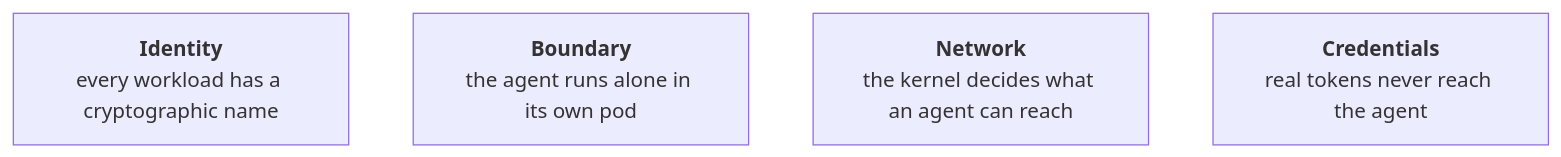
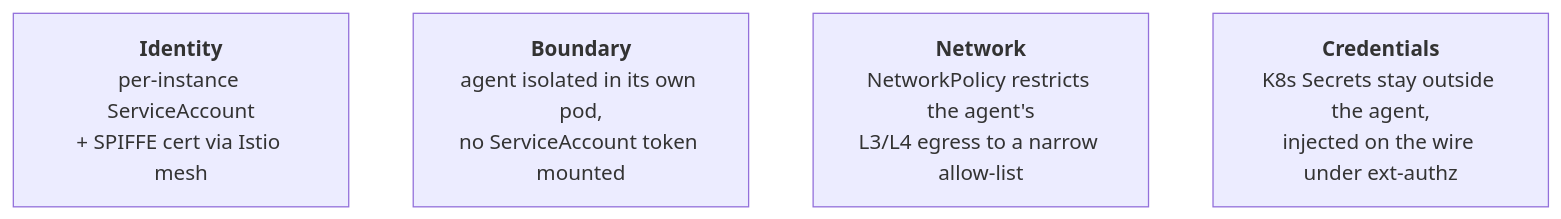
The first of 2 diagrams in docs/strategy/security-overview.md (dam-agents/dam), drawn with Mermaid before and after one commit. The commit also changed other lines of this file, not shown here.

Commit message:
docs: restore K8s/Istio specifics in Layers of Defence

````diff
--- a/docs/strategy/security-overview.md
+++ b/docs/strategy/security-overview.md
@@ -15,8 +15,8 @@
 ```mermaid
 flowchart LR
-  L1["<b>Identity</b><br/>every workload has a cryptographic name"]
-  L2["<b>Boundary</b><br/>the agent runs alone in its own pod"]
-  L3["<b>Network</b><br/>the kernel decides what an agent can reach"]
-  L4["<b>Credentials</b><br/>real tokens never reach the agent"]
+  L1["<b>Identity</b><br/>per-instance ServiceAccount<br/>+ SPIFFE cert via Istio mesh"]
+  L2["<b>Boundary</b><br/>agent isolated in its own pod,<br/>no ServiceAccount token mounted"]
+  L3["<b>Network</b><br/>NetworkPolicy restricts the agent's<br/>L3/L4 egress to a narrow allow-list"]
+  L4["<b>Credentials</b><br/>K8s Secrets stay outside the agent,<br/>injected on the wire under ext-authz"]
   L1 ~~~ L2 ~~~ L3 ~~~ L4
 ```
````
